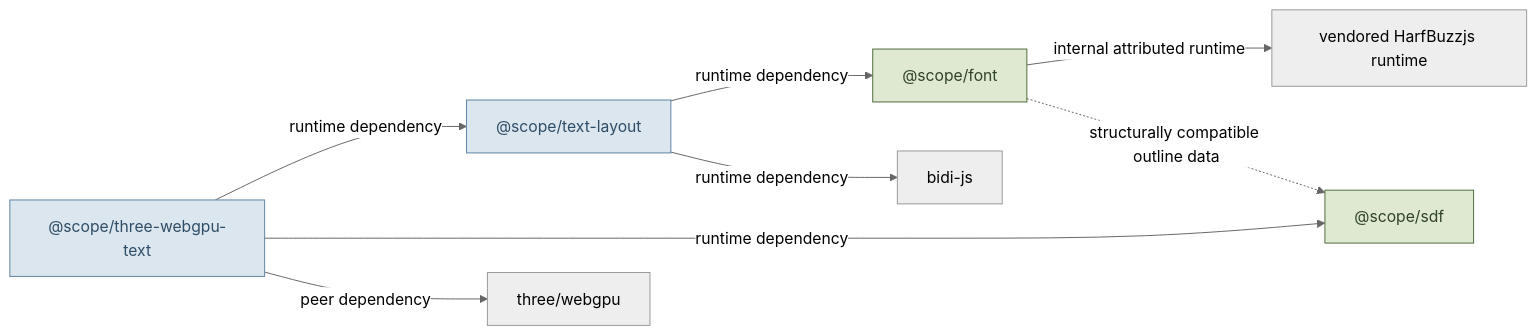
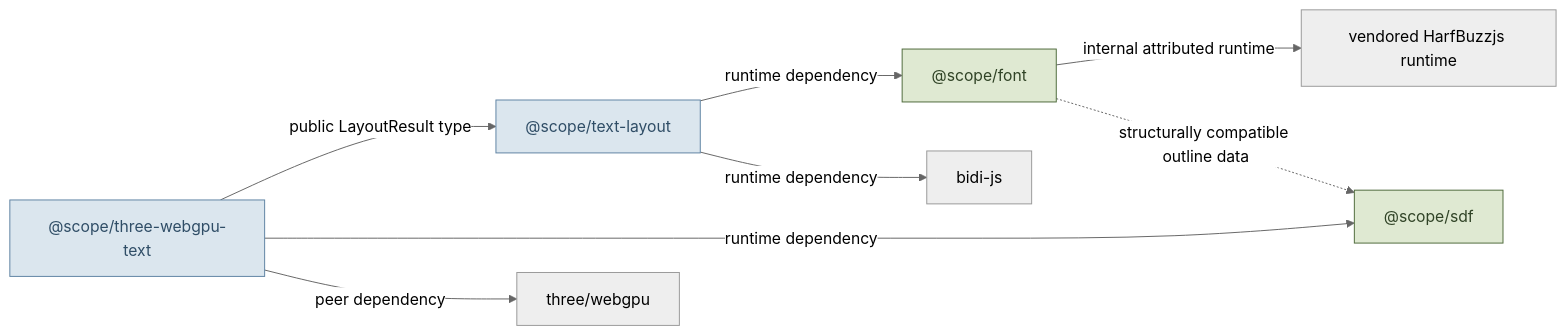
Before and after one commit to julia-script/text-rendering-toolkit: the second of 6 diagrams in ARCHITECTURE.md, drawn with Mermaid (neutral theme). The commit also changed other lines of this file and 32 other files, not shown here.

````diff
--- a/ARCHITECTURE.md
+++ b/ARCHITECTURE.md
@@ -95,24 +97,24 @@
 ```mermaid
 flowchart LR
     Font["@scope/font"]
     Layout["@scope/text-layout"]
     Sdf["@scope/sdf"]
     Renderer["@scope/three-webgpu-text"]
     Three["three/webgpu"]
     Bidi["bidi-js"]
     HarfBuzz["vendored HarfBuzzjs runtime"]
 
     Font -->|internal attributed runtime| HarfBuzz
     Layout -->|runtime dependency| Font
     Layout -->|runtime dependency| Bidi
-    Renderer -->|runtime dependency| Layout
+    Renderer -->|public LayoutResult type| Layout
     Renderer -->|runtime dependency| Sdf
     Renderer -->|peer dependency| Three
 
     Font -. "structurally compatible outline data" .-> Sdf
 
     classDef leaf fill:#dfe9d2,stroke:#4f6b3c,color:#304326
     classDef compose fill:#dbe6ee,stroke:#5f83a3,color:#2f4d66
     class Font,Sdf leaf
     class Layout,Renderer compose
 ```
````
